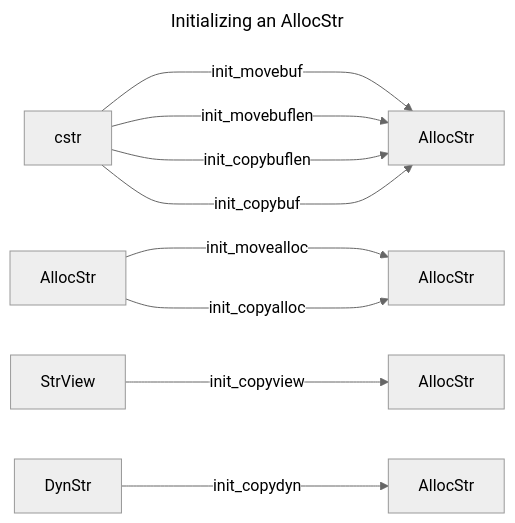
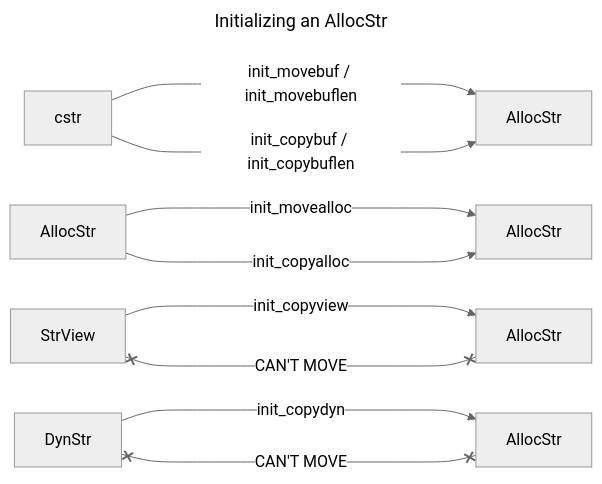
One commit to kvbc/rylang changed the second of 3 diagrams in src/util/str/README.md. Above: the diagram before and after it, drawn with Mermaid (neutral theme). The commit also changed other lines of this file, not shown here.

````diff
--- a/src/util/str/README.md
+++ b/src/util/str/README.md
@@ -19,17 +22,17 @@
 ```mermaid
 ---
 title: Initializing an AllocStr
 ---
 graph LR
-    cstr -- init_movebuf    ----> A[AllocStr]
-    cstr -- init_movebuflen ----> A[AllocStr]
-    cstr -- init_copybuflen ----> A[AllocStr]
-    cstr -- init_copybuf    ----> A[AllocStr]
+    cstr -- init_movebuf / init_movebuflen ----> A[AllocStr]
+    cstr -- init_copybuf / init_copybuflen ----> A[AllocStr]
 
     B[AllocStr] -- init_movealloc ----> C[AllocStr]
     B[AllocStr] -- init_copyalloc ----> C[AllocStr]
 
     StrView -- init_copyview ----> D[AllocStr]
+    StrView x--x |CAN'T MOVE| D[AllocStr]
 
     DynStr -- init_copydyn ----> AllocStr
+    DynStr x--x |CAN'T MOVE| AllocStr
 ```
````
